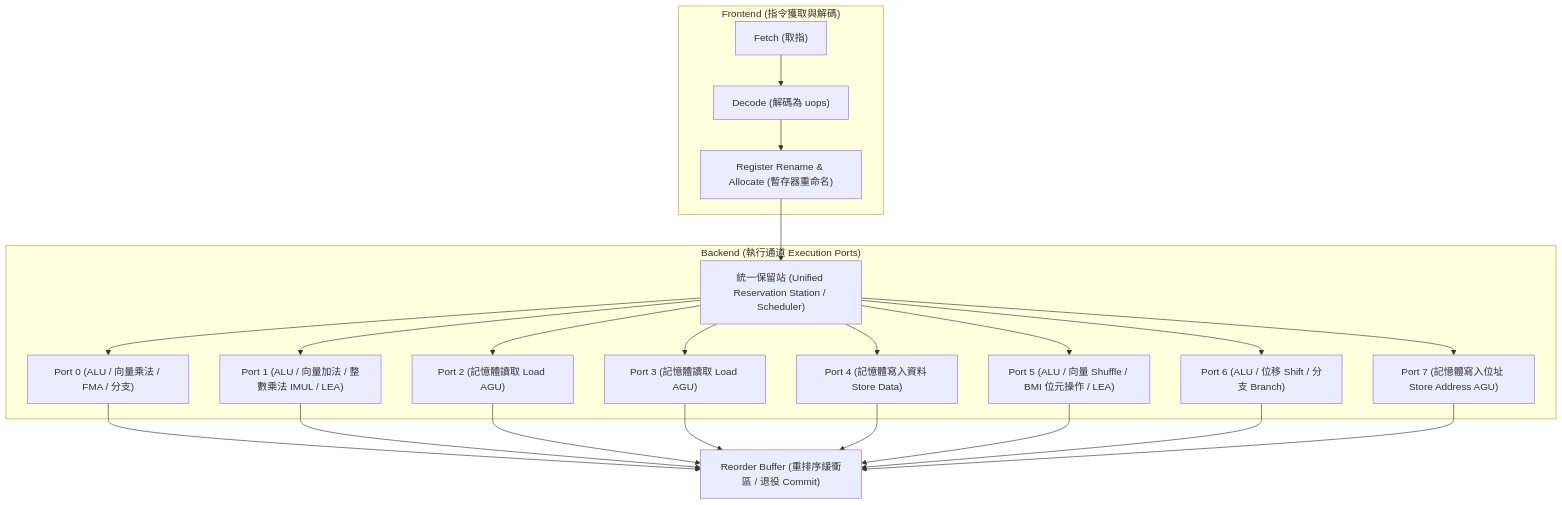
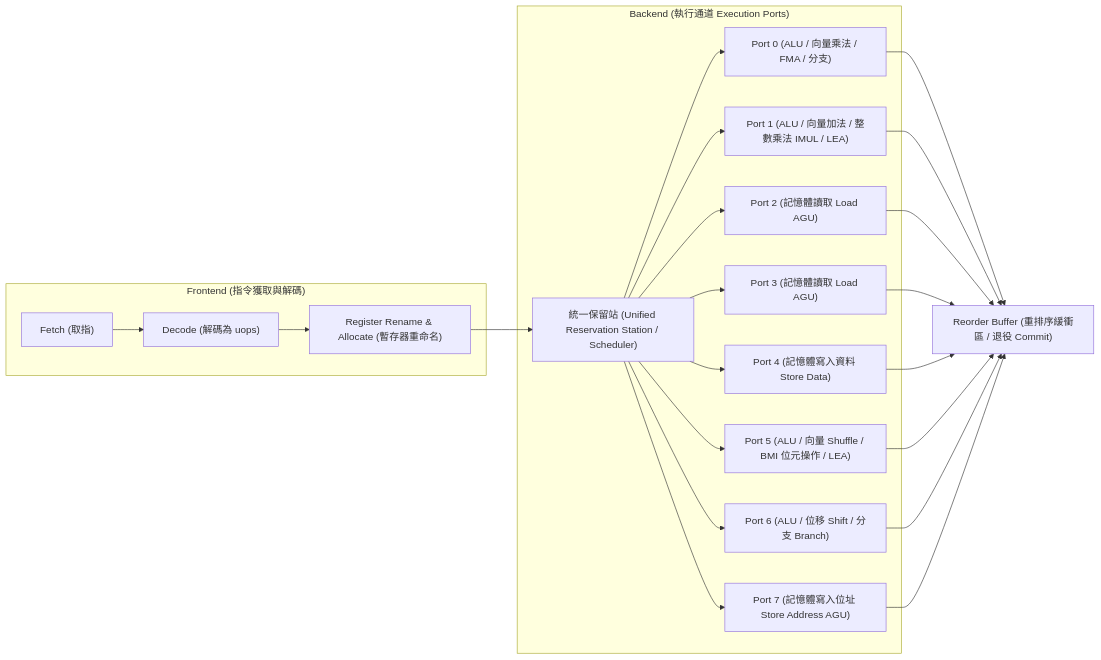
Before and after one commit to harvey-euph/hello-cpu: the first of 2 diagrams in docs/port_usage.md, drawn with Mermaid.

````diff
--- a/docs/port_usage.md
+++ b/docs/port_usage.md
@@ -33,22 +33,22 @@
 ```mermaid
-flowchart TD
+flowchart LR
     subgraph 前端 ["Frontend (指令獲取與解碼)"]
         Fetch["Fetch (取指)"] --> Decode["Decode (解碼為 uops)"]
         Decode --> Rename["Register Rename & Allocate (暫存器重命名)"]
     end
 
     Rename --> RS["統一保留站 (Unified Reservation Station / Scheduler)"]
 
     subgraph 後端 ["Backend (執行通道 Execution Ports)"]
         RS --> P0["Port 0 (ALU / 向量乘法 / FMA / 分支)"]
         RS --> P1["Port 1 (ALU / 向量加法 / 整數乘法 IMUL / LEA)"]
         RS --> P2["Port 2 (記憶體讀取 Load AGU)"]
         RS --> P3["Port 3 (記憶體讀取 Load AGU)"]
         RS --> P4["Port 4 (記憶體寫入資料 Store Data)"]
         RS --> P5["Port 5 (ALU / 向量 Shuffle / BMI 位元操作 / LEA)"]
         RS --> P6["Port 6 (ALU / 位移 Shift / 分支 Branch)"]
         RS --> P7["Port 7 (記憶體寫入位址 Store Address AGU)"]
     end
 
     P0 & P1 & P2 & P3 & P4 & P5 & P6 & P7 --> ROB["Reorder Buffer (重排序緩衝區 / 退役 Commit)"]
 ```
````
